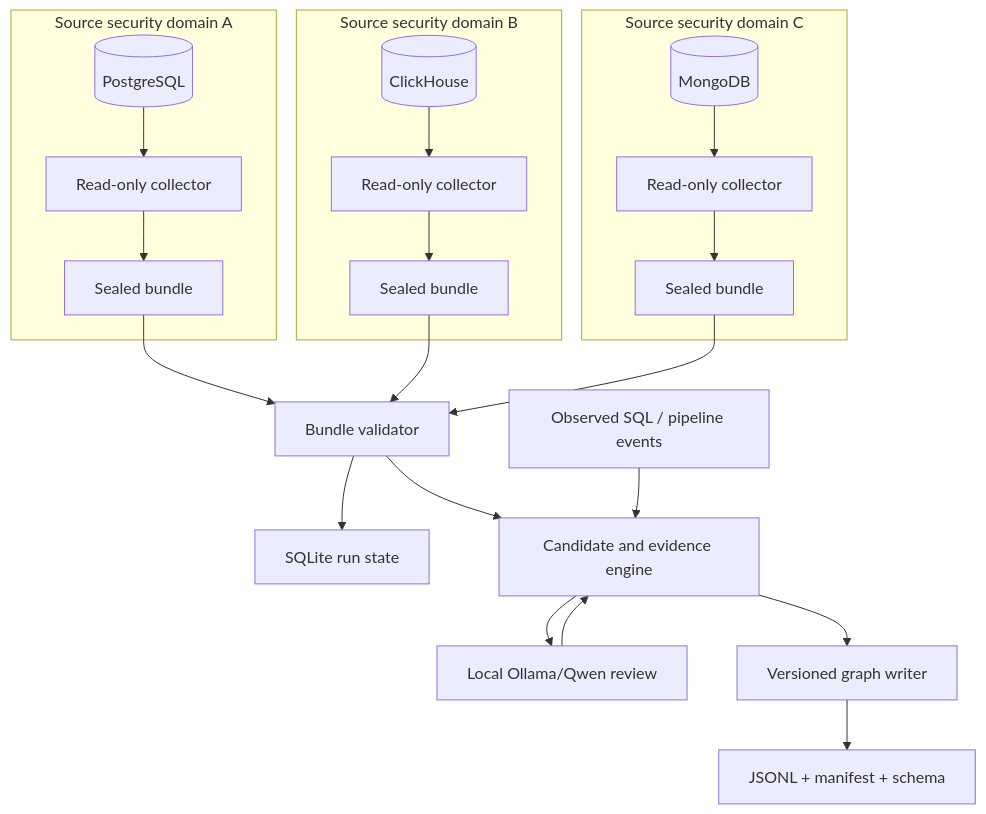
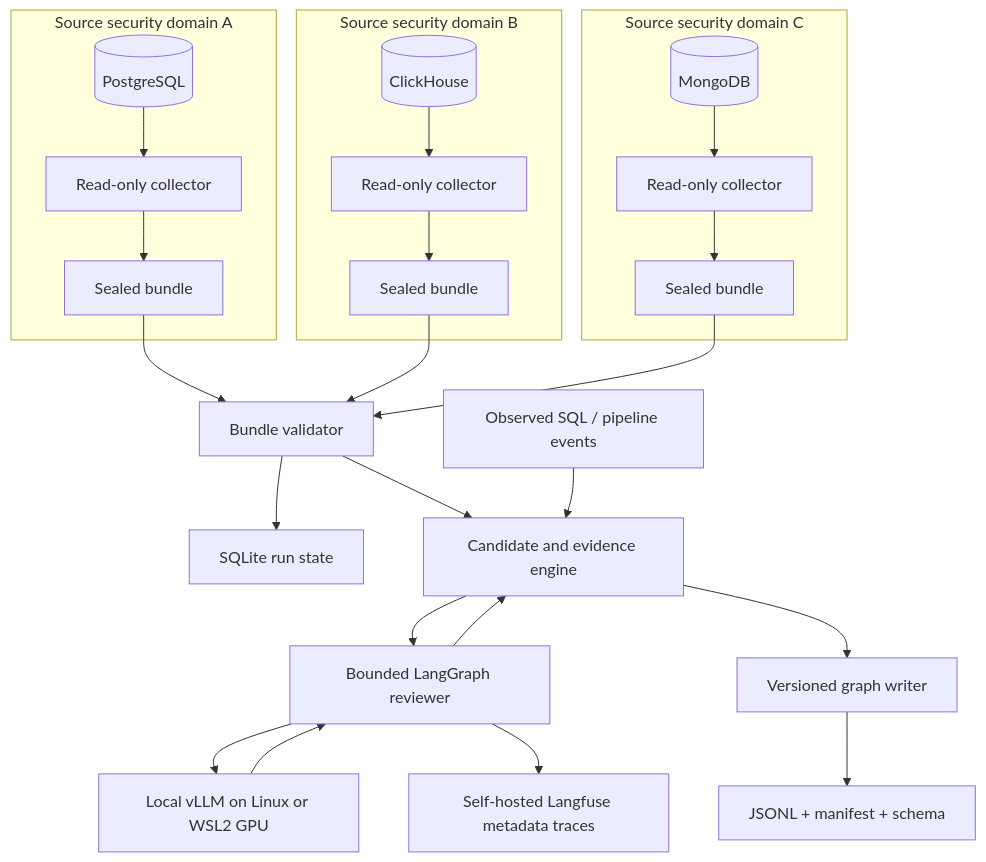
Before and after one commit to bayern4teams/db-catalogue: the diagram in TECHNICAL_IMPLEMENTATION.md, drawn with Mermaid. The commit also changed other lines of this file and 8 other files, not shown here.

Commit message:
Document vLLM LangGraph and self-hosted Langfuse architecture

````diff
--- a/TECHNICAL_IMPLEMENTATION.md
+++ b/TECHNICAL_IMPLEMENTATION.md
@@ -15,25 +15,28 @@
 ```mermaid
 flowchart TB
   subgraph S1[Source security domain A]
     PG[(PostgreSQL)] --> C1[Read-only collector]
     C1 --> B1[Sealed bundle]
   end
   subgraph S2[Source security domain B]
     CH[(ClickHouse)] --> C2[Read-only collector]
     C2 --> B2[Sealed bundle]
   end
   subgraph S3[Source security domain C]
     MG[(MongoDB)] --> C3[Read-only collector]
     C3 --> B3[Sealed bundle]
   end
   B1 --> V[Bundle validator]
   B2 --> V
   B3 --> V
   V --> S[SQLite run state]
   V --> R[Candidate and evidence engine]
   O[Observed SQL / pipeline events] --> R
-  R --> M[Local Ollama/Qwen review]
-  M --> R
+  R --> W[Bounded LangGraph reviewer]
+  W --> VLLM[Local vLLM on Linux or WSL2 GPU]
+  VLLM --> W
+  W --> LF[Self-hosted Langfuse metadata traces]
+  W --> R
   R --> G[Versioned graph writer]
   G --> J[JSONL + manifest + schema]
 ```
````
